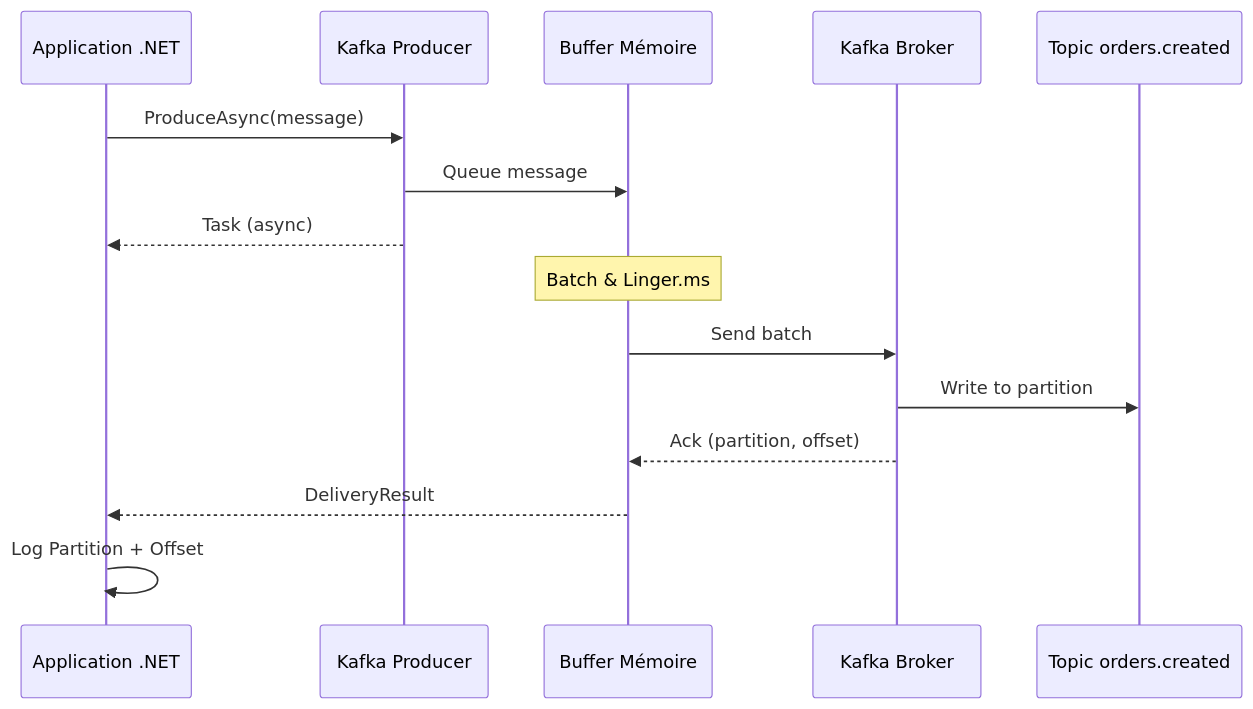
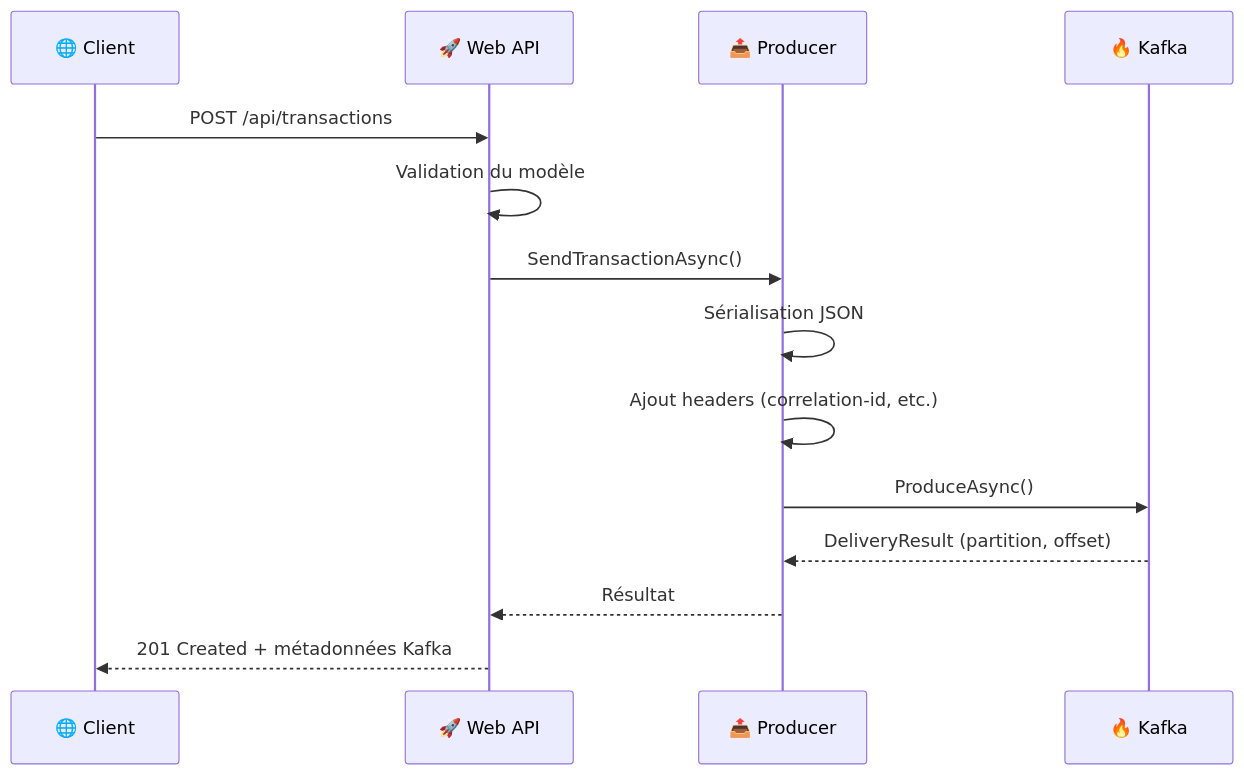
The third of 3 diagrams in day-01-foundations/module-02-producer/lab-1.2a-producer-basic/README.md (msellamiTN/formation--kafka-dotnet), drawn with Mermaid before and after one commit. The commit also changed other lines of this file and 8 other files, not shown here.

First line of the commit message:
feat: Convert LAB 1.2A from console producer to ASP.NET Core Web API with e-banking context

````diff
--- a/day-01-foundations/module-02-producer/lab-1.2a-producer-basic/README.md
+++ b/day-01-foundations/module-02-producer/lab-1.2a-producer-basic/README.md
@@ -517,21 +711,17 @@
 ```mermaid
 sequenceDiagram
-    participant App as Application .NET
-    participant Producer as Kafka Producer
-    participant Buffer as Buffer Mémoire
-    participant Broker as Kafka Broker
-    participant Topic as Topic orders.created
+    participant C as 🌐 Client
+    participant API as 🚀 Web API
+    participant P as 📤 Producer
+    participant K as 🔥 Kafka
 
-    App->>Producer: ProduceAsync(message)
-    Producer->>Buffer: Queue message
-    Producer-->>App: Task (async)
-    
-    Note over Buffer: Batch & Linger.ms
-    
-    Buffer->>Broker: Send batch
-    Broker->>Topic: Write to partition
-    Broker-->>Buffer: Ack (partition, offset)
-    Buffer-->>App: DeliveryResult
-    
-    App->>App: Log Partition + Offset
+    C->>API: POST /api/transactions
+    API->>API: Validation du modèle
+    API->>P: SendTransactionAsync()
+    P->>P: Sérialisation JSON
+    P->>P: Ajout headers (correlation-id, etc.)
+    P->>K: ProduceAsync()
+    K-->>P: DeliveryResult (partition, offset)
+    P-->>API: Résultat
+    API-->>C: 201 Created + métadonnées Kafka
 ```
````
